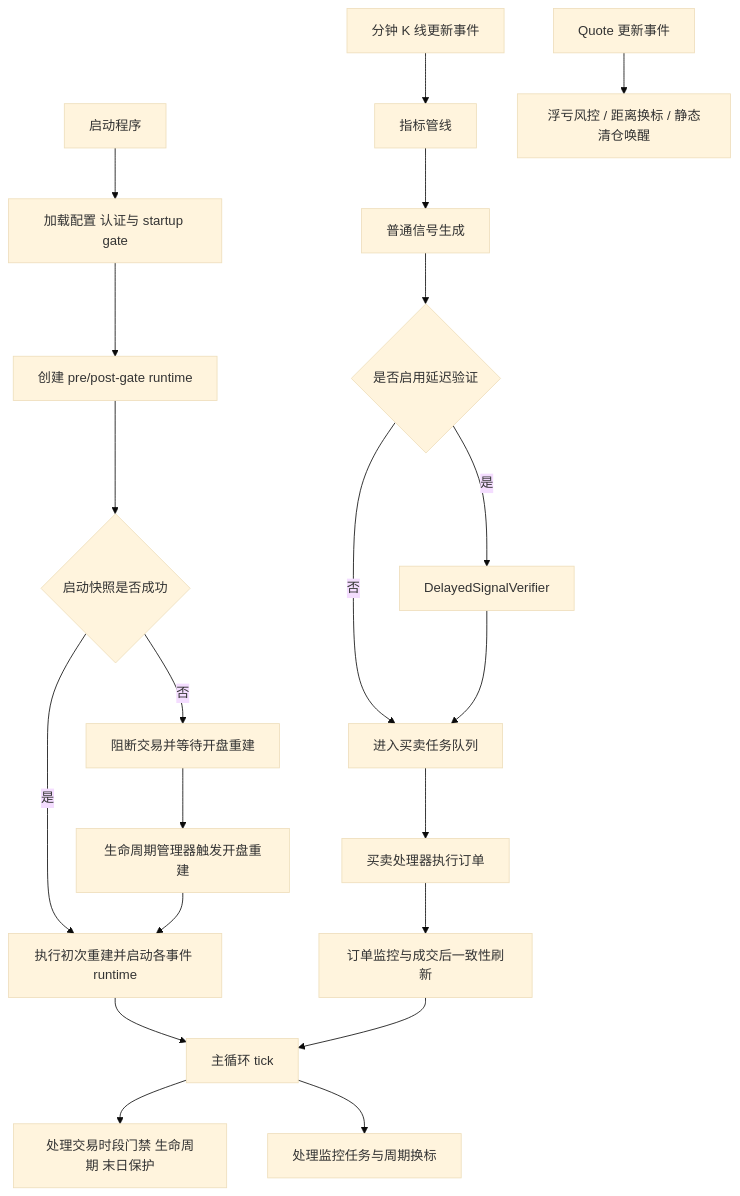
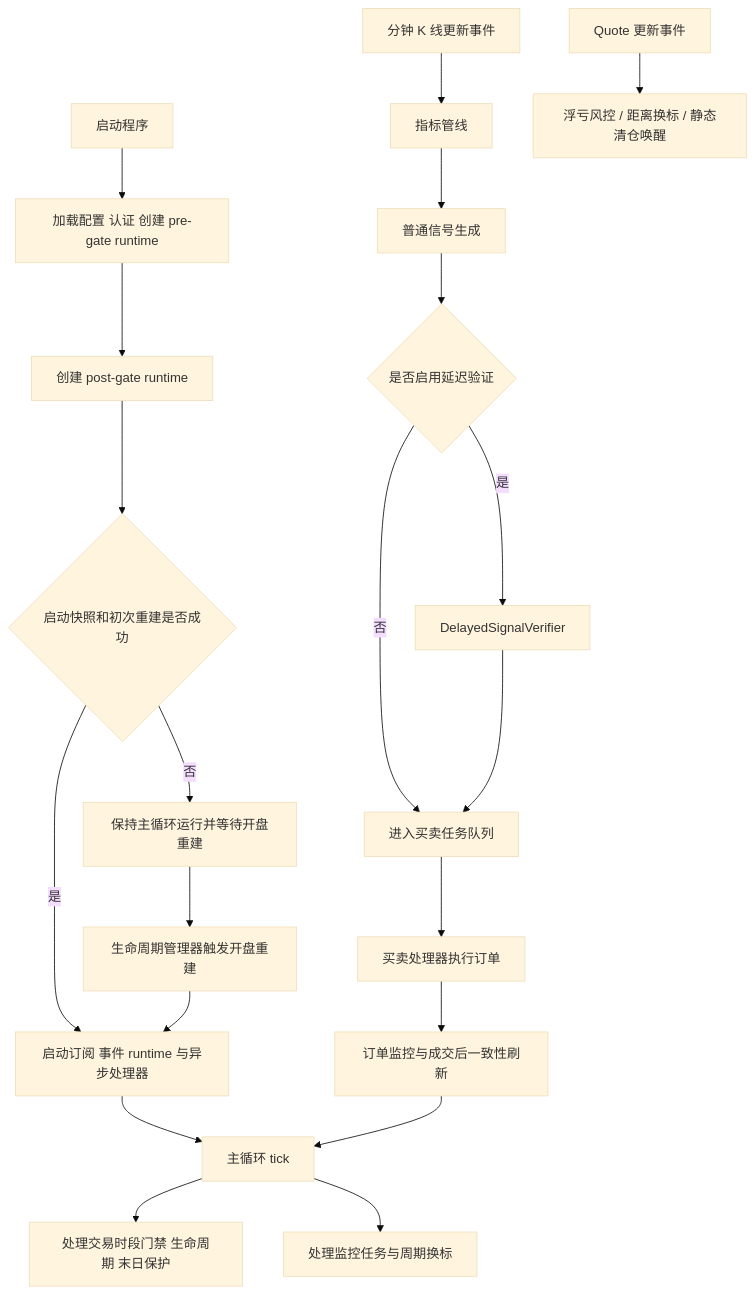
The diagram in README.md (zhengyongjie16/Longbridge-Quantitative-Trading), drawn with Mermaid (base theme) before and after one commit. The commit also changed other lines of this file and 111 other files, not shown here.

````diff
--- a/README.md
+++ b/README.md
@@ -209,26 +192,26 @@
 ```mermaid
 flowchart TD
-    A[启动程序] --> B[加载配置 认证与 startup gate]
-    B --> C[创建 pre/post-gate runtime]
-    C --> D{启动快照是否成功}
-    D -- 是 --> E[执行初次重建并启动各事件 runtime]
-    D -- 否 --> F[阻断交易并等待开盘重建]
+    A[启动程序] --> B[加载配置 认证 创建 pre-gate runtime]
+    B --> C[创建 post-gate runtime]
+    C --> D{启动快照和初次重建是否成功}
+    D -- 是 --> E[启动订阅 事件 runtime 与异步处理器]
+    D -- 否 --> F[保持主循环运行并等待开盘重建]
     F --> G[生命周期管理器触发开盘重建]
     G --> E
 
     E --> H[主循环 tick]
     H --> I[处理交易时段门禁 生命周期 末日保护]
     H --> J[处理监控任务与周期换标]
 
     K[分钟 K 线更新事件] --> L[指标管线]
     L --> M[普通信号生成]
     M --> N{是否启用延迟验证}
     N -- 否 --> O[进入买卖任务队列]
     N -- 是 --> P[DelayedSignalVerifier]
     P --> O
 
     Q[Quote 更新事件] --> R[浮亏风控 / 距离换标 / 静态清仓唤醒]
     O --> S[买卖处理器执行订单]
     S --> T[订单监控与成交后一致性刷新]
     T --> H
 ```
````
